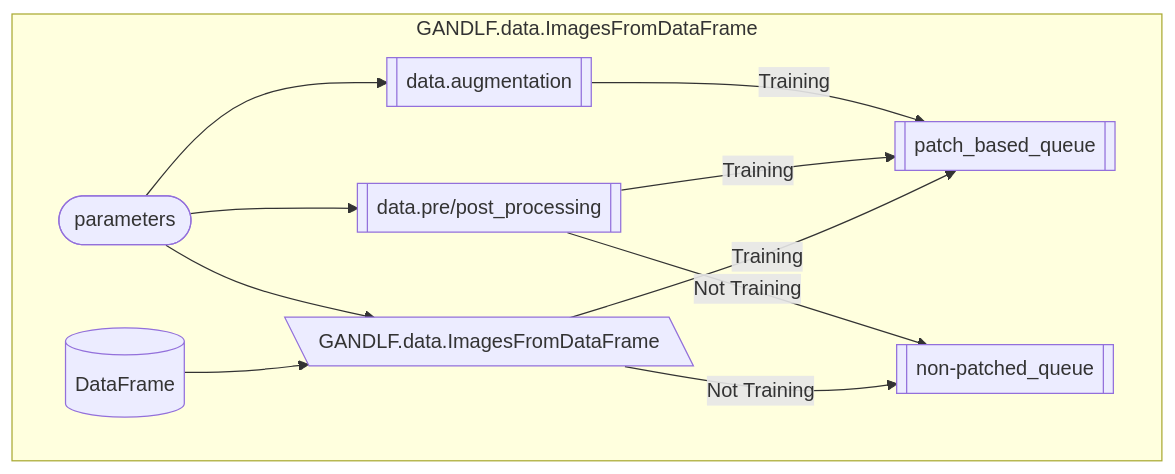
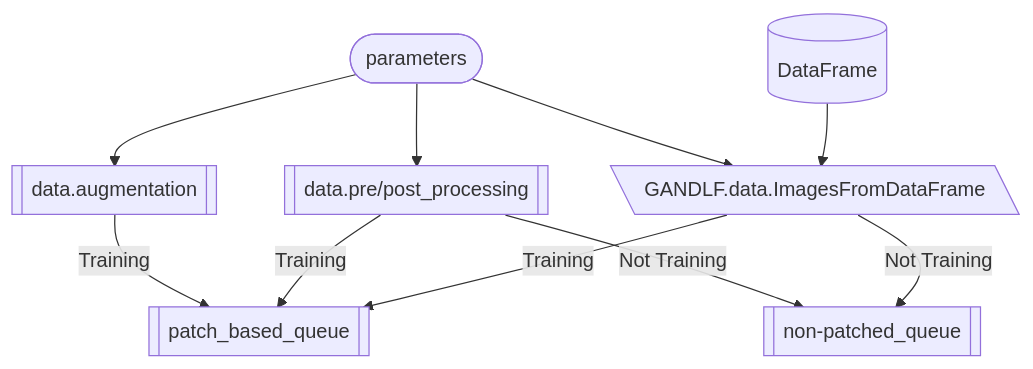
One commit to szmazurek/GaNDLF changed the eighth of 8 diagrams in docs/flowchart.md. Above: the diagram before and after it, drawn with Mermaid. The commit also changed other lines of this file, not shown here.

Commit message:
steup is now clarified

````diff
--- a/docs/flowchart.md
+++ b/docs/flowchart.md
@@ -131,14 +132,12 @@
 ```mermaid
 flowchart TD
-    subgraph GANDLF.data.ImagesFromDataFrame
-        parameters([parameters]) --> ImagesFromDataFrame
-        parameters --> data_augmentation[[data.augmentation]]
-        parameters --> data_processing[[data.pre/post_processing]]
-        df[(DataFrame)] --> ImagesFromDataFrame[\GANDLF.data.ImagesFromDataFrame\]
-        data_augmentation -->|Training| tioq[[patch_based_queue]]
-        data_processing -->|Training| tioq
-        data_processing -->|Not Training| tiosd[[non-patched_queue]]
-        ImagesFromDataFrame -->|Training| tioq
-        ImagesFromDataFrame -->|Not Training| tiosd
-    end
+    parameters([parameters]) --> ImagesFromDataFrame
+    parameters --> data_augmentation[[data.augmentation]]
+    parameters --> data_processing[[data.pre/post_processing]]
+    df[(DataFrame)] --> ImagesFromDataFrame[\GANDLF.data.ImagesFromDataFrame\]
+    data_augmentation -->|Training| tioq[[patch_based_queue]]
+    data_processing -->|Training| tioq
+    data_processing -->|Not Training| tiosd[[non-patched_queue]]
+    ImagesFromDataFrame -->|Training| tioq
+    ImagesFromDataFrame -->|Not Training| tiosd
 ```
````
